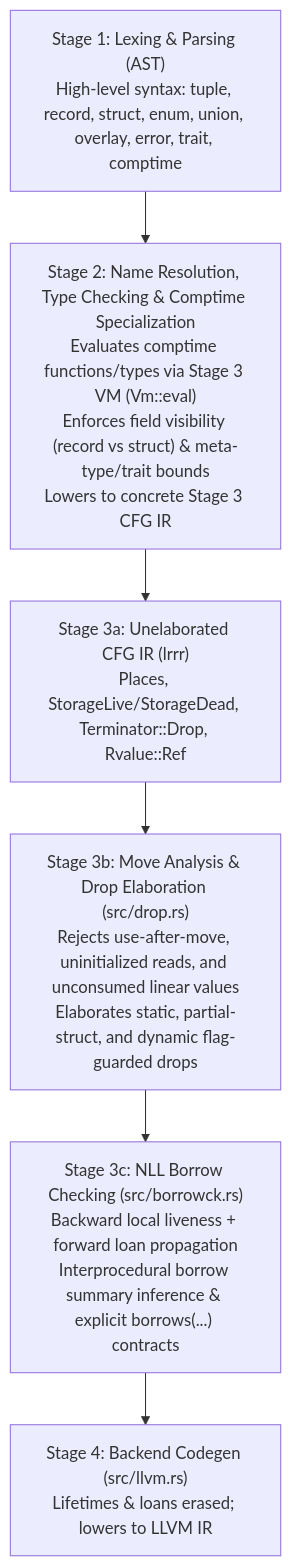
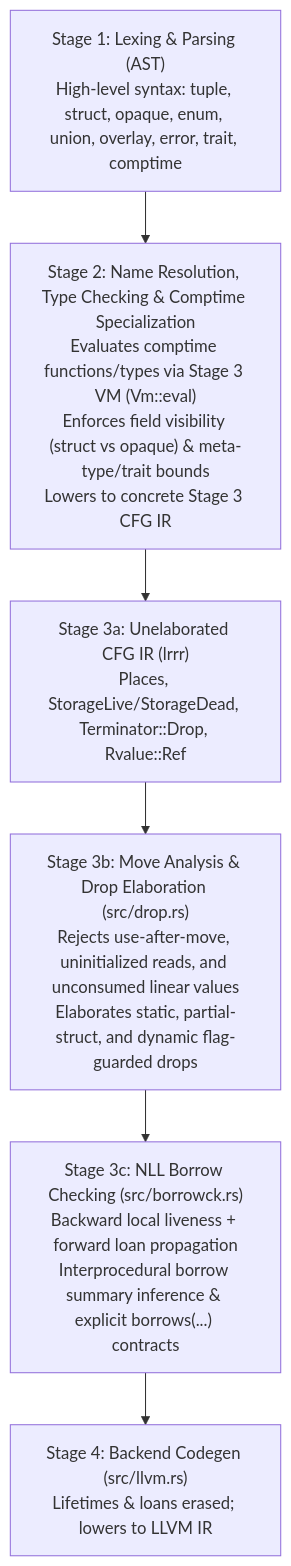
Before and after one commit to adam-frisby/SlopLang: the diagram in DESIGN.md, drawn with Mermaid. The commit also changed other lines of this file and 5 other files, not shown here.

Commit message:
Realign product types into transparent struct and encapsulated opaque

````diff
--- a/DESIGN.md
+++ b/DESIGN.md
@@ -13,9 +13,9 @@
 ```mermaid
 flowchart TD
-    S1["Stage 1: Lexing & Parsing (AST)<br/>High-level syntax: tuple, record, struct, enum, union, overlay, error, trait, comptime"] --> S2
-    S2["Stage 2: Name Resolution, Type Checking & Comptime Specialization<br/>Evaluates comptime functions/types via Stage 3 VM (Vm::eval)<br/>Enforces field visibility (record vs struct) & meta-type/trait bounds<br/>Lowers to concrete Stage 3 CFG IR"] --> S3A
+    S1["Stage 1: Lexing & Parsing (AST)<br/>High-level syntax: tuple, struct, opaque, enum, union, overlay, error, trait, comptime"] --> S2
+    S2["Stage 2: Name Resolution, Type Checking & Comptime Specialization<br/>Evaluates comptime functions/types via Stage 3 VM (Vm::eval)<br/>Enforces field visibility (struct vs opaque) & meta-type/trait bounds<br/>Lowers to concrete Stage 3 CFG IR"] --> S3A
     S3A["Stage 3a: Unelaborated CFG IR (lrrr)<br/>Places, StorageLive/StorageDead, Terminator::Drop, Rvalue::Ref"] --> S3B
     S3B["Stage 3b: Move Analysis & Drop Elaboration (src/drop.rs)<br/>Rejects use-after-move, uninitialized reads, and unconsumed linear values<br/>Elaborates static, partial-struct, and dynamic flag-guarded drops"] --> S3C
     S3C["Stage 3c: NLL Borrow Checking (src/borrowck.rs)<br/>Backward local liveness + forward loan propagation<br/>Interprocedural borrow summary inference & explicit borrows(...) contracts"] --> S4
     S4["Stage 4: Backend Codegen (src/llvm.rs)<br/>Lifetimes & loans erased; lowers to LLVM IR"]
 ```
````
